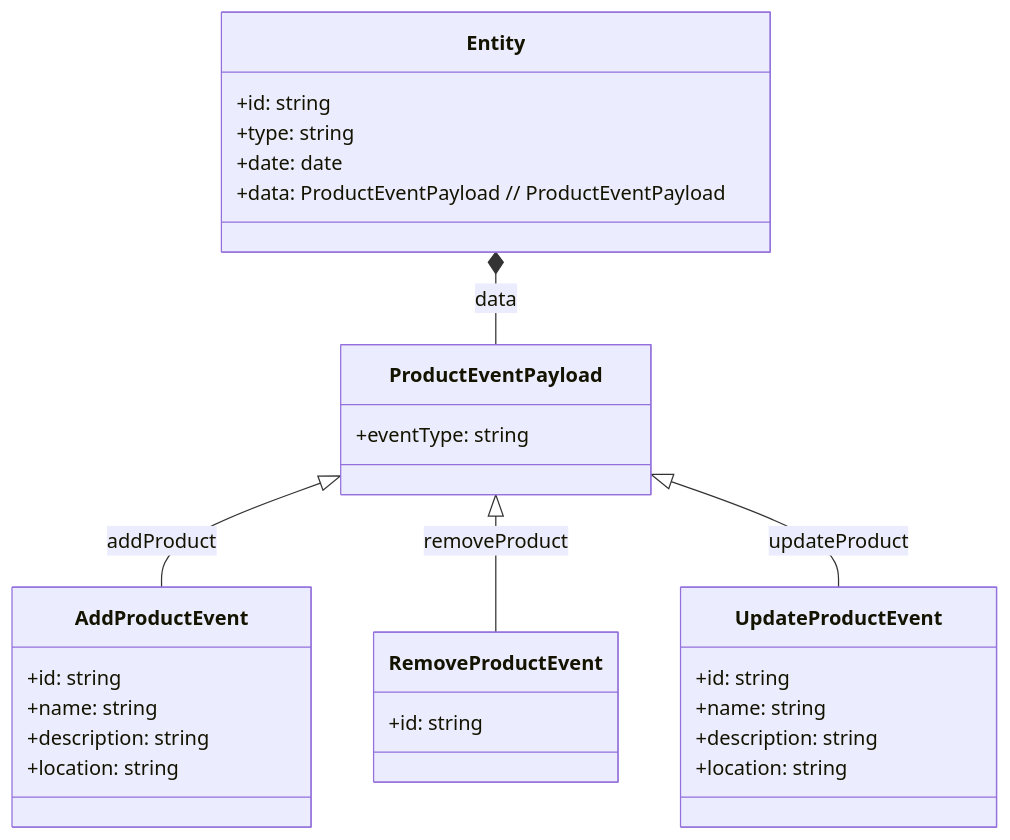
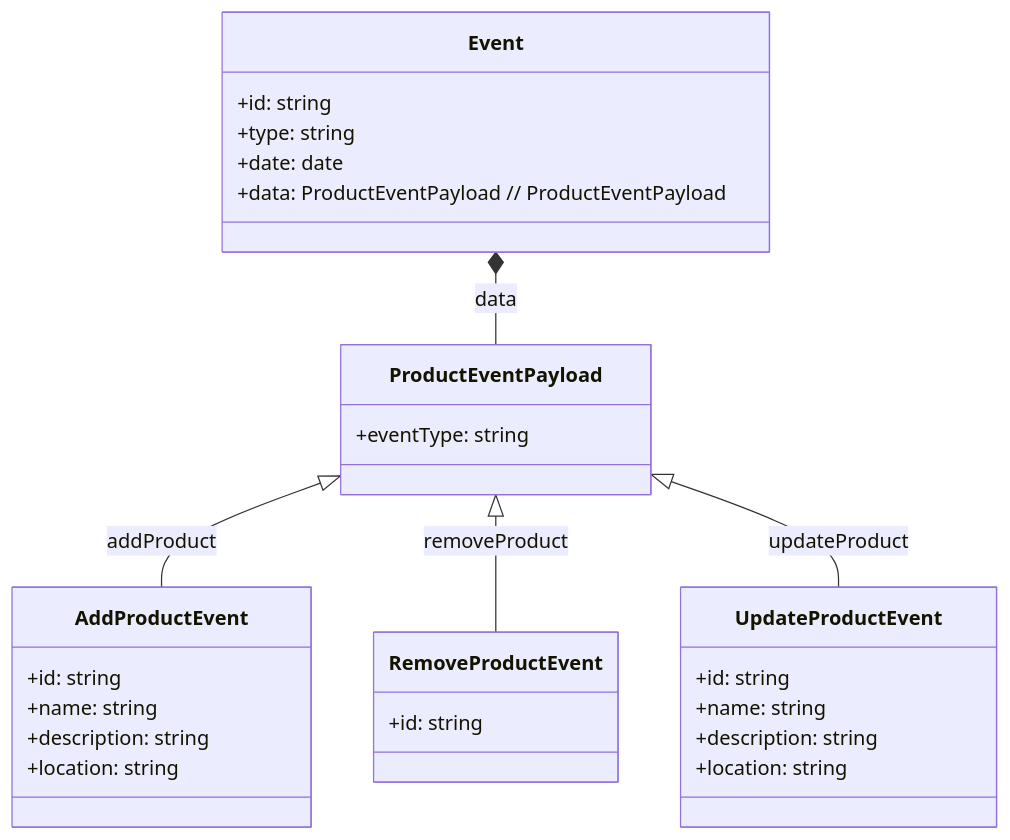
One commit to kothar/zod-mermaid changed diagram 12 of 16 in examples/mermaid-examples.md. Above: the diagram before and after it, drawn with Mermaid. The commit also changed other lines of this file, not shown here.

Commit message:
Refactor: Rename Entity to Event in mermaid examples

````diff
--- a/examples/mermaid-examples.md
+++ b/examples/mermaid-examples.md
@@ -274,31 +274,31 @@
 ```mermaid
 classDiagram
-    class Entity {
+    class Event {
         +id: string
         +type: string
         +date: date
         +data: ProductEventPayload // ProductEventPayload
     }
     class ProductEventPayload {
         +eventType: string
     }
     class AddProductEvent {
         +id: string
         +name: string
         +description: string
         +location: string
     }
     class RemoveProductEvent {
         +id: string
     }
     class UpdateProductEvent {
         +id: string
         +name: string
         +description: string
         +location: string
     }
-    Entity *-- ProductEventPayload : data
+    Event *-- ProductEventPayload : data
     ProductEventPayload <|-- AddProductEvent : addProduct
     ProductEventPayload <|-- RemoveProductEvent : removeProduct
     ProductEventPayload <|-- UpdateProductEvent : updateProduct
 ```
````
